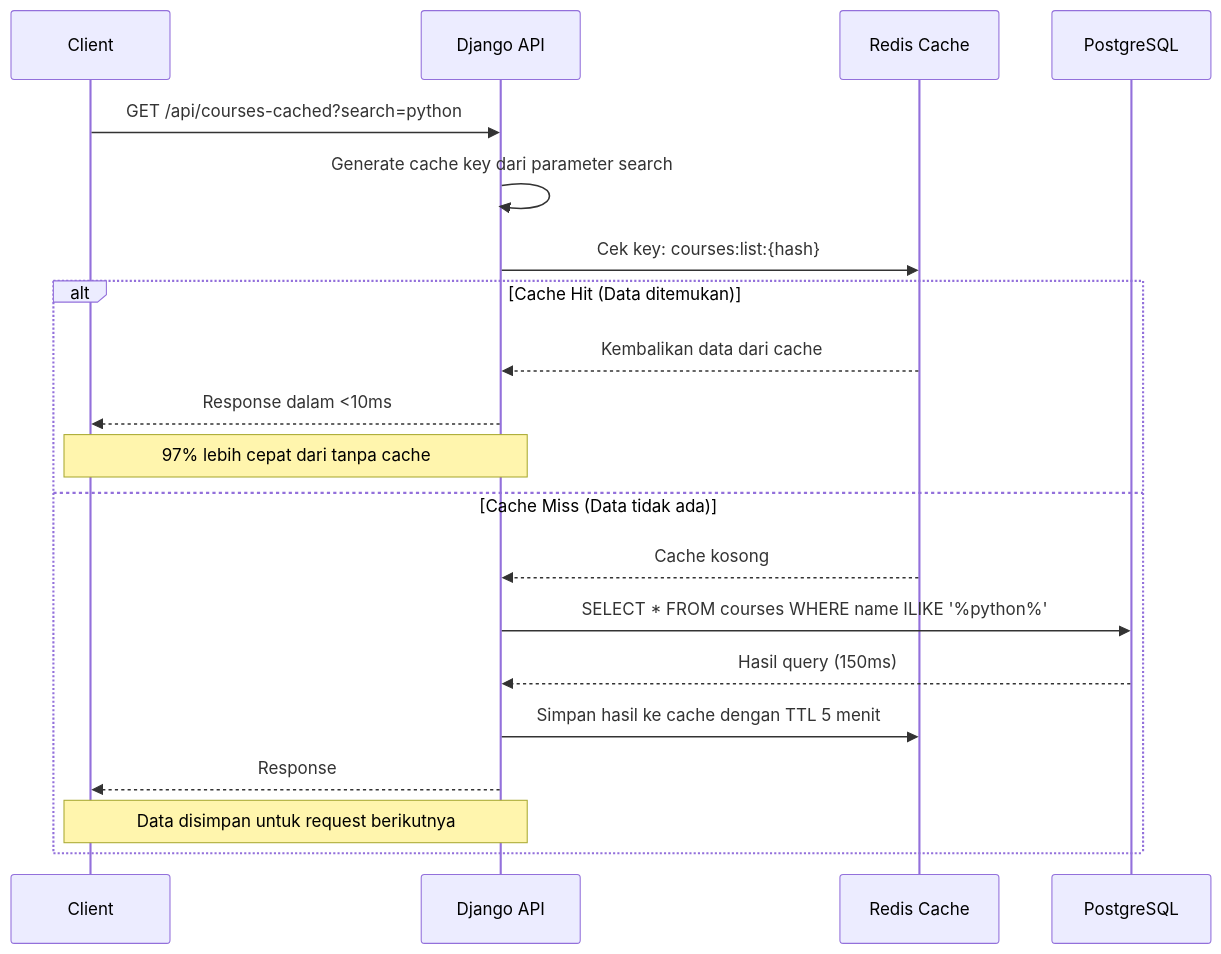
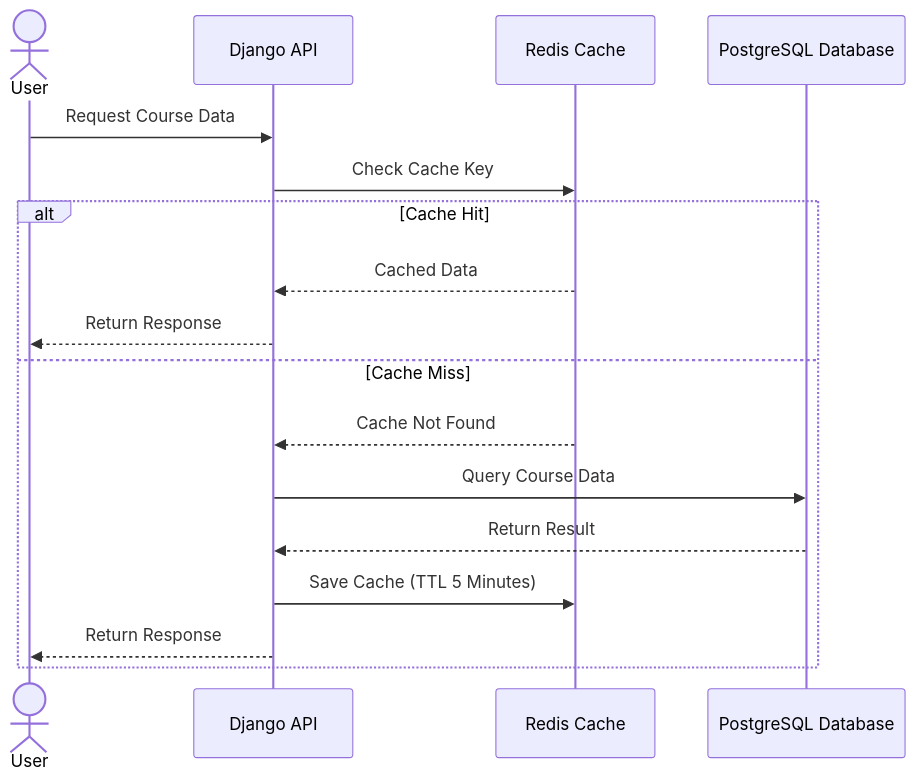
One commit to hafizh1119/Simple-LMS---Advanced-Features-Integration changed the first of 2 diagrams in docs/caching-strategy.md. Above: the diagram before and after it, drawn with Mermaid. The commit also changed other lines of this file, not shown here.

Commit message:
Enhance caching strategy documentation
Updated caching strategy documentation with improved formatting and added cache invalidation strategy.

````diff
--- a/docs/caching-strategy.md
+++ b/docs/caching-strategy.md
@@ -11,24 +12,21 @@
 ```mermaid
 sequenceDiagram
-    participant Client
+    actor User
     participant API as Django API
     participant Redis as Redis Cache
-    participant DB as PostgreSQL
+    participant DB as PostgreSQL Database
 
-    Client->>API: GET /api/courses-cached?search=python
-    API->>API: Generate cache key dari parameter search
-    API->>Redis: Cek key: courses:list:{hash}
+    User->>API: Request Course Data
+    API->>Redis: Check Cache Key
 
-    alt Cache Hit (Data ditemukan)
-        Redis-->>API: Kembalikan data dari cache
-        API-->>Client: Response dalam <10ms
-        Note over Client,API: 97% lebih cepat dari tanpa cache
-    else Cache Miss (Data tidak ada)
-        Redis-->>API: Cache kosong
-        API->>DB: SELECT * FROM courses WHERE name ILIKE '%python%'
-        DB-->>API: Hasil query (150ms)
-        API->>Redis: Simpan hasil ke cache dengan TTL 5 menit
-        API-->>Client: Response
-        Note over Client,API: Data disimpan untuk request berikutnya
+    alt Cache Hit
+        Redis-->>API: Cached Data
+        API-->>User: Return Response
+    else Cache Miss
+        Redis-->>API: Cache Not Found
+        API->>DB: Query Course Data
+        DB-->>API: Return Result
+        API->>Redis: Save Cache (TTL 5 Minutes)
+        API-->>User: Return Response
     end
 ```
````
